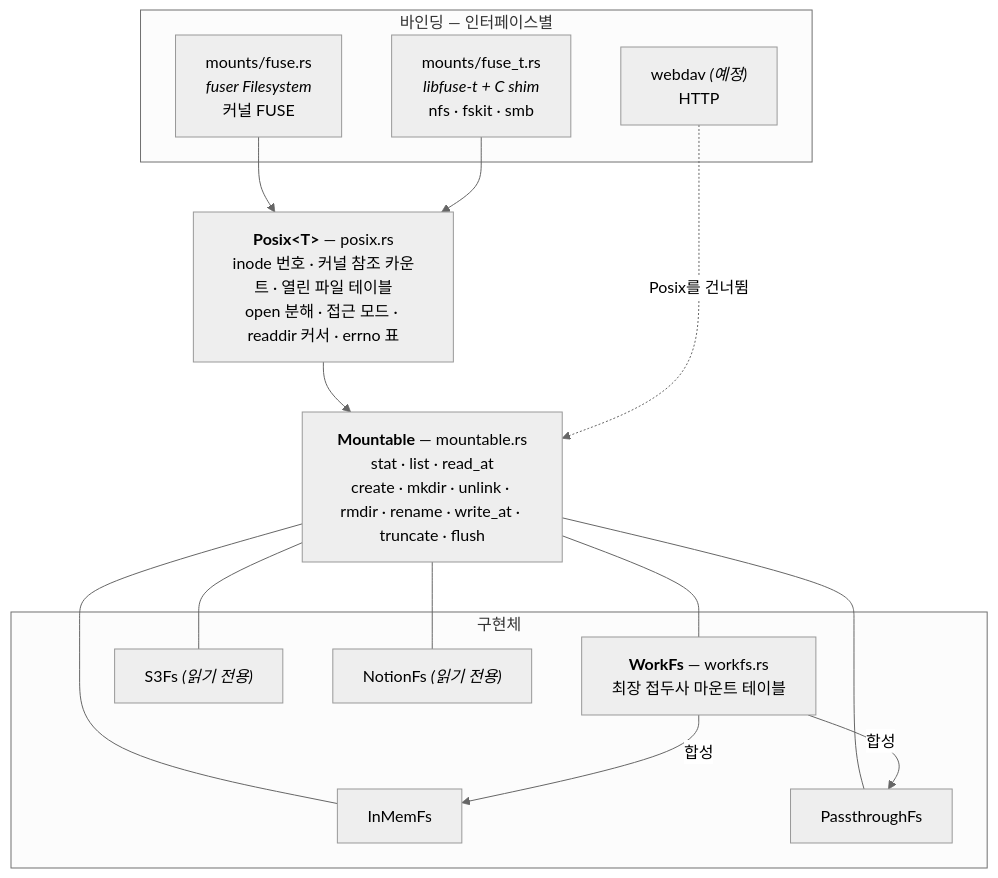
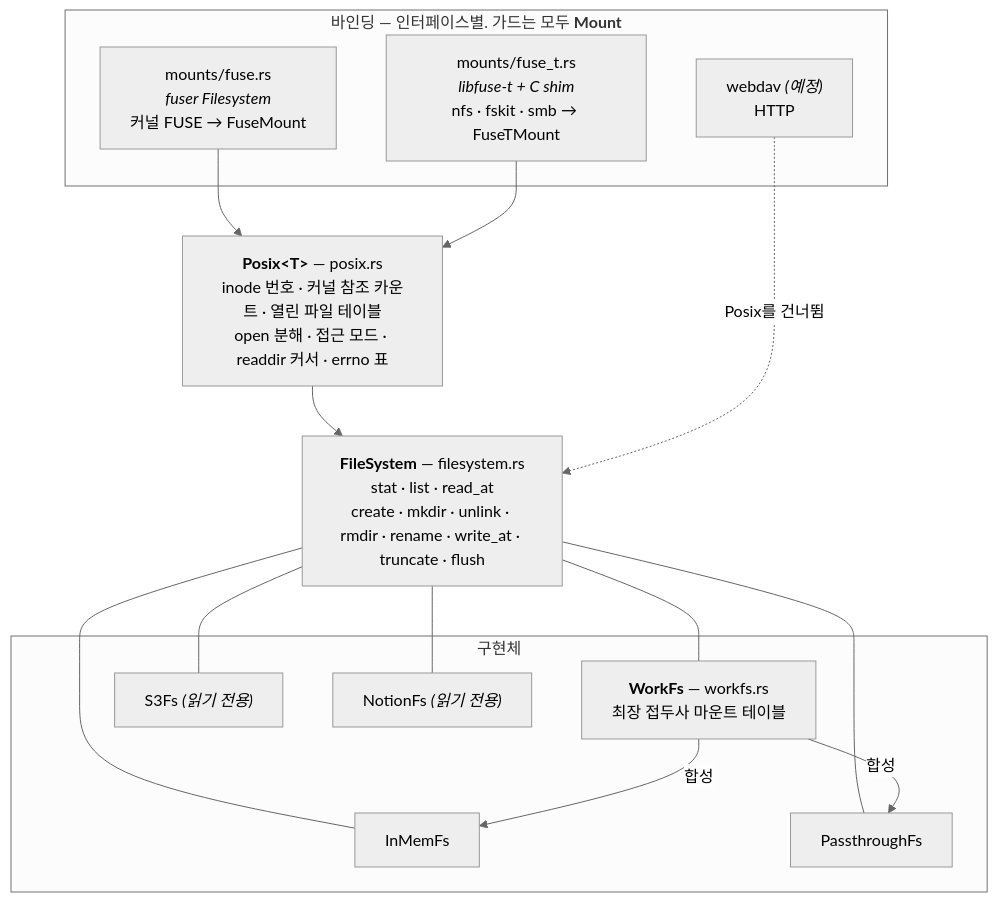
The diagram in cortex/src/fs/ARCHITECTURE.md (brekkylab/cortex), drawn with Mermaid (neutral theme) before and after one commit. The commit also changed other lines of this file and 24 other files, not shown here.

````diff
--- a/cortex/src/fs/ARCHITECTURE.md
+++ b/cortex/src/fs/ARCHITECTURE.md
@@ -15,32 +20,32 @@
 ```mermaid
 flowchart TB
-    subgraph surface["바인딩 — 인터페이스별"]
-        fuse["mounts/fuse.rs<br/><i>fuser Filesystem</i><br/>커널 FUSE"]
-        fuset["mounts/fuse_t.rs<br/><i>libfuse-t + C shim</i><br/>nfs · fskit · smb"]
+    subgraph surface["바인딩 — 인터페이스별. 가드는 모두 <b>Mount</b>"]
+        fuse["mounts/fuse.rs<br/><i>fuser Filesystem</i><br/>커널 FUSE → FuseMount"]
+        fuset["mounts/fuse_t.rs<br/><i>libfuse-t + C shim</i><br/>nfs · fskit · smb → FuseTMount"]
         dav["webdav <i>(예정)</i><br/>HTTP"]
     end
 
     posix["<b>Posix&lt;T&gt;</b> — posix.rs<br/>inode 번호 · 커널 참조 카운트 · 열린 파일 테이블<br/>open 분해 · 접근 모드 · readdir 커서 · errno 표"]
 
-    mountable["<b>Mountable</b> — mountable.rs<br/>stat · list · read_at<br/>create · mkdir · unlink · rmdir · rename · write_at · truncate · flush"]
+    mountable["<b>FileSystem</b> — filesystem.rs<br/>stat · list · read_at<br/>create · mkdir · unlink · rmdir · rename · write_at · truncate · flush"]
 
     subgraph stores["구현체"]
         ws["<b>WorkFs</b> — workfs.rs<br/>최장 접두사 마운트 테이블"]
         mem["InMemFs"]
         pass["PassthroughFs"]
         s3["S3Fs <i>(읽기 전용)</i>"]
         notion["NotionFs <i>(읽기 전용)</i>"]
     end
 
     fuse --> posix
     fuset --> posix
     posix --> mountable
     dav -.->|"Posix를 건너뜀"| mountable
     mountable --- ws
     mountable --- mem
     mountable --- pass
     mountable --- s3
     mountable --- notion
     ws -->|"합성"| mem
     ws -->|"합성"| pass
 ```
````
